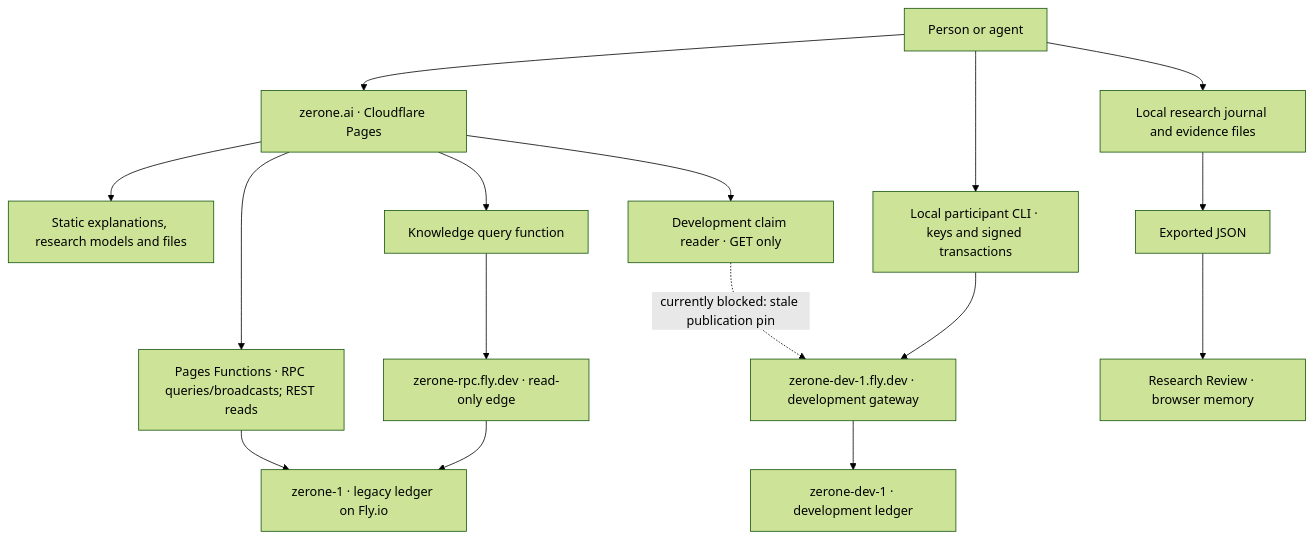
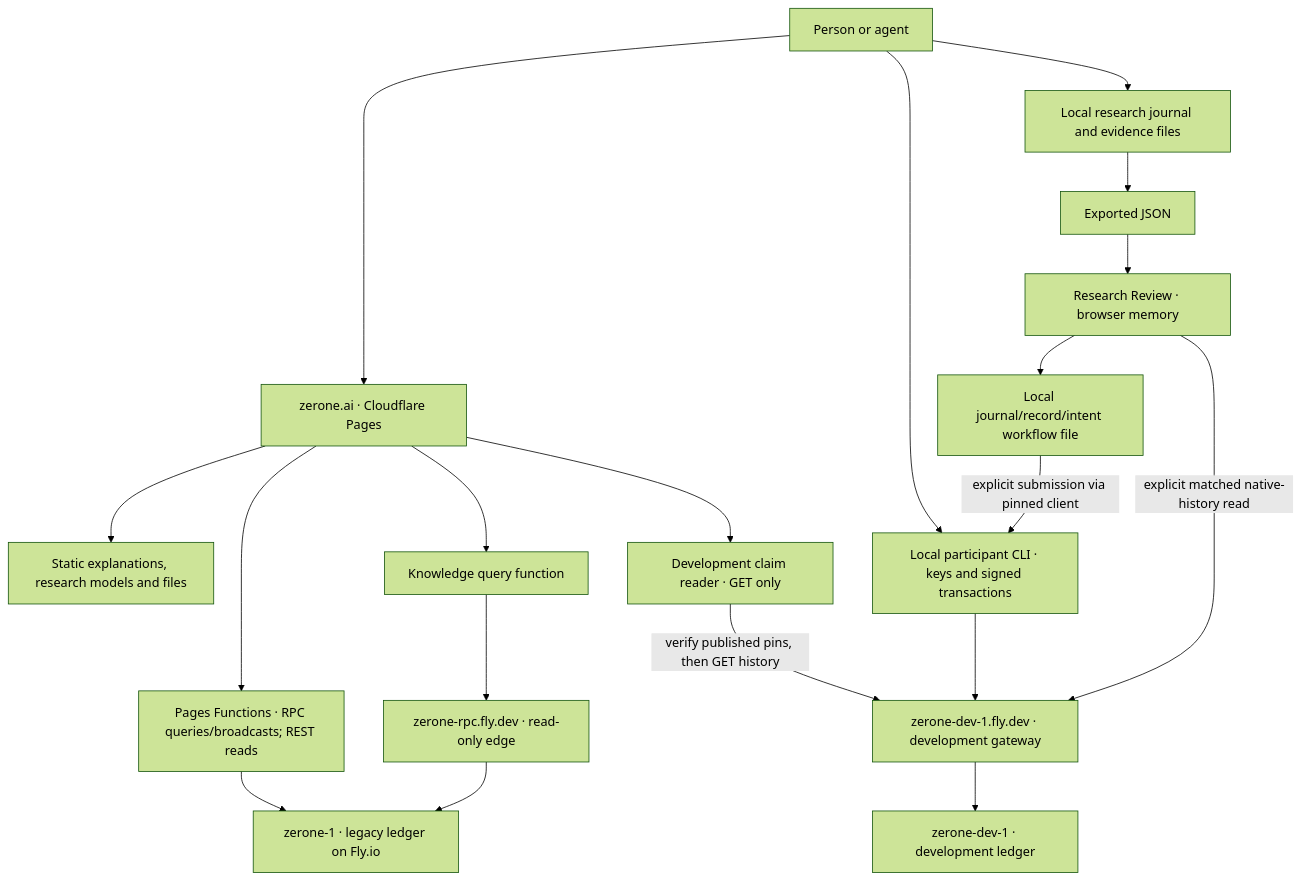
One commit to cambridgetcg/zerone-core changed the first of 3 diagrams in docs/ZERONE_MAP.md. Above: the diagram before and after it, drawn with Mermaid (forest theme). The commit also changed other lines of this file and 23 other files, not shown here.

Commit message:
feat: connect research journals to native review and funding history

````diff
--- a/docs/ZERONE_MAP.md
+++ b/docs/ZERONE_MAP.md
@@ -52,18 +53,21 @@
 ```mermaid
 flowchart TB
   Person["Person or agent"] --> Site["zerone.ai · Cloudflare Pages"]
   Site --> Static["Static explanations, research models and files"]
   Site --> Pages["Pages Functions · RPC queries/broadcasts; REST reads"]
   Pages --> Legacy["zerone-1 · legacy ledger on Fly.io"]
   Site --> Knowledge["Knowledge query function"]
   Knowledge --> Edge["zerone-rpc.fly.dev · read-only edge"]
   Edge --> Legacy
   Site --> DevReader["Development claim reader · GET only"]
-  DevReader -.->|currently blocked: stale publication pin| DevGate["zerone-dev-1.fly.dev · development gateway"]
+  DevReader -->|verify published pins, then GET history| DevGate["zerone-dev-1.fly.dev · development gateway"]
   Person --> Client["Local participant CLI · keys and signed transactions"]
   Client --> DevGate
   DevGate --> Dev["zerone-dev-1 · development ledger"]
   Person --> Journal["Local research journal and evidence files"]
   Journal --> Export["Exported JSON"]
   Export --> Reader["Research Review · browser memory"]
+  Reader --> Packet["Local journal/record/intent workflow file"]
+  Packet -->|explicit submission via pinned client| Client
+  Reader -->|explicit matched native-history read| DevGate
 ```
````
